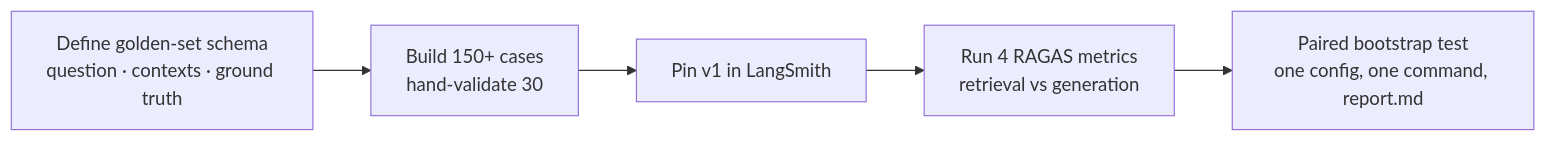
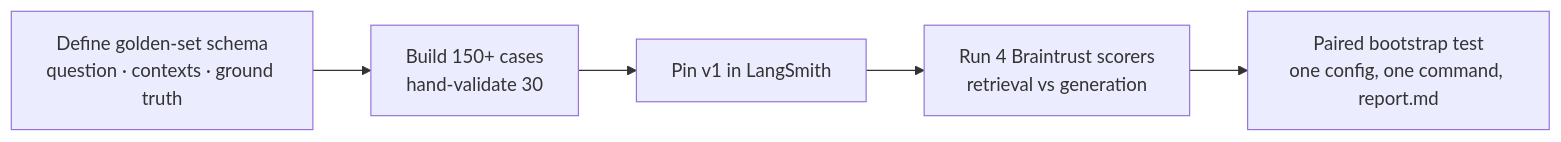
Before and after one commit to coachmanjeet/AI-Agent-Evals-Course: the diagram in week-04-rag-evaluation/README.md, drawn with Mermaid. The commit also changed other lines of this file and 22 other files, not shown here.

First line of the commit message:
Rework Weeks 2/4/5 to LangSmith + Braintrust + CrewAI; drop deepeval/ragas

````diff
--- a/week-04-rag-evaluation/README.md
+++ b/week-04-rag-evaluation/README.md
@@ -9,9 +9,9 @@
 ```mermaid
 flowchart LR
     G["Define golden-set schema<br/>question · contexts · ground truth"]
     B["Build 150+ cases<br/>hand-validate 30"]
     P["Pin v1 in LangSmith"]
-    M["Run 4 RAGAS metrics<br/>retrieval vs generation"]
+    M["Run 4 Braintrust scorers<br/>retrieval vs generation"]
     R["Paired bootstrap test<br/>one config, one command, report.md"]
     G --> B --> P --> M --> R
 ```
````
